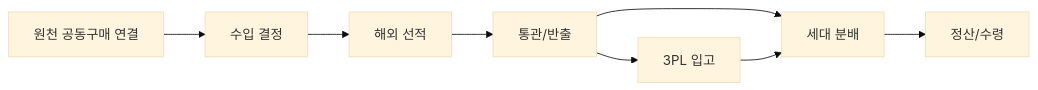
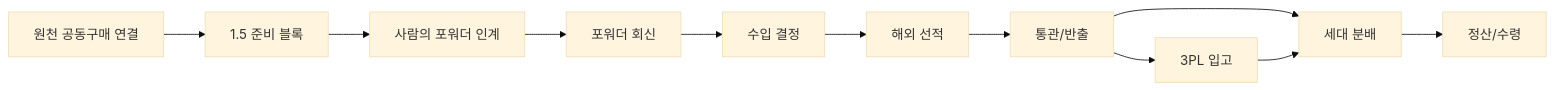
One commit to cheolwo/hongdal changed the diagram in docs/Architecture/ImportGroupPurchaseIntent.md. Above: the diagram before and after it, drawn with Mermaid (base theme). The commit also changed other lines of this file and 110 other files, not shown here.

````diff
--- a/docs/Architecture/ImportGroupPurchaseIntent.md
+++ b/docs/Architecture/ImportGroupPurchaseIntent.md
@@ -100,10 +114,13 @@
 ```mermaid
 flowchart LR
-    A["원천 공동구매 연결"] --> B["수입 결정"]
+    A["원천 공동구매 연결"] --> P["1.5 준비 블록"]
+    P --> H["사람의 포워더 인계"]
+    H --> R["포워더 회신"]
+    R --> B["수입 결정"]
     B --> C["해외 선적"]
     C --> D["통관/반출"]
     D --> E["3PL 입고"]
     D --> F["세대 분배"]
     E --> F
     F --> G["정산/수령"]
 ```
````
